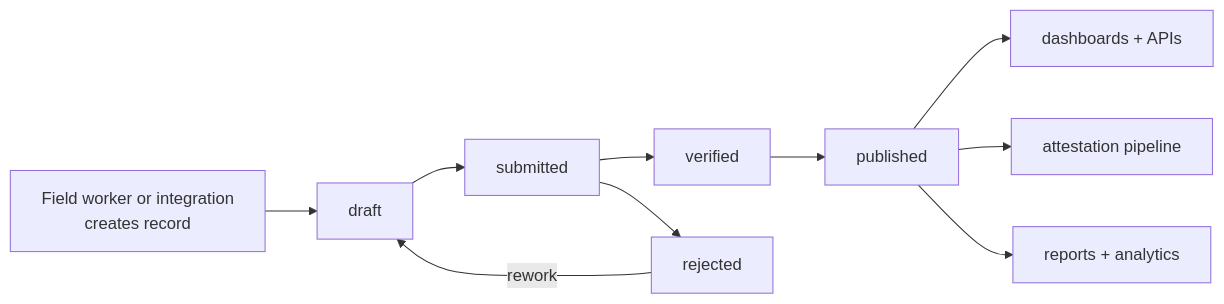
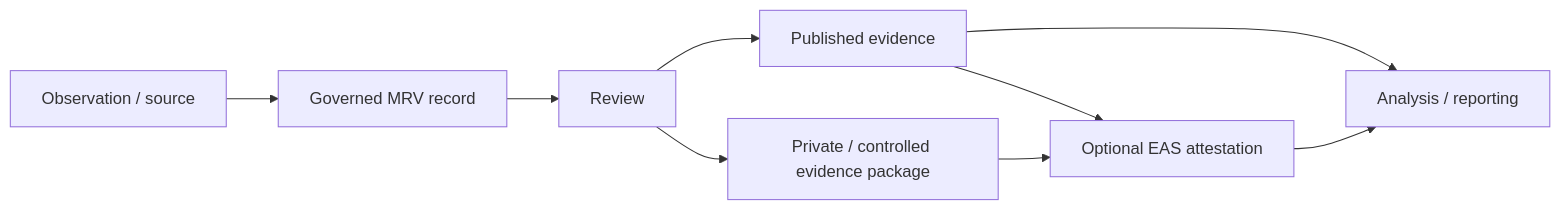
The fourth of 5 diagrams in kokonut-intelligence.mdx (wasalo/Kokonut-Public-Site), drawn with Mermaid before and after one commit. The commit also changed other lines of this file, not shown here.

````diff
--- a/kokonut-intelligence.mdx
+++ b/kokonut-intelligence.mdx
@@ -162,12 +302,11 @@
 ```mermaid
 flowchart LR
-    A["Field worker or integration\ncreates record"] --> B["draft"]
-    B --> C["submitted"]
-    C --> D["verified"]
-    C --> E["rejected"]
-    E -->|rework| B
-    D --> F["published"]
-    F --> G["dashboards + APIs"]
-    F --> H["attestation pipeline"]
-    F --> I["reports + analytics"]
+    A["Observation / source"] --> B["Governed MRV record"]
+    B --> C["Review"]
+    C --> D["Published evidence"]
+    C --> E["Private / controlled evidence package"]
+    D --> F["Optional EAS attestation"]
+    E --> F
+    D --> G["Analysis / reporting"]
+    F --> G
 ```
````
